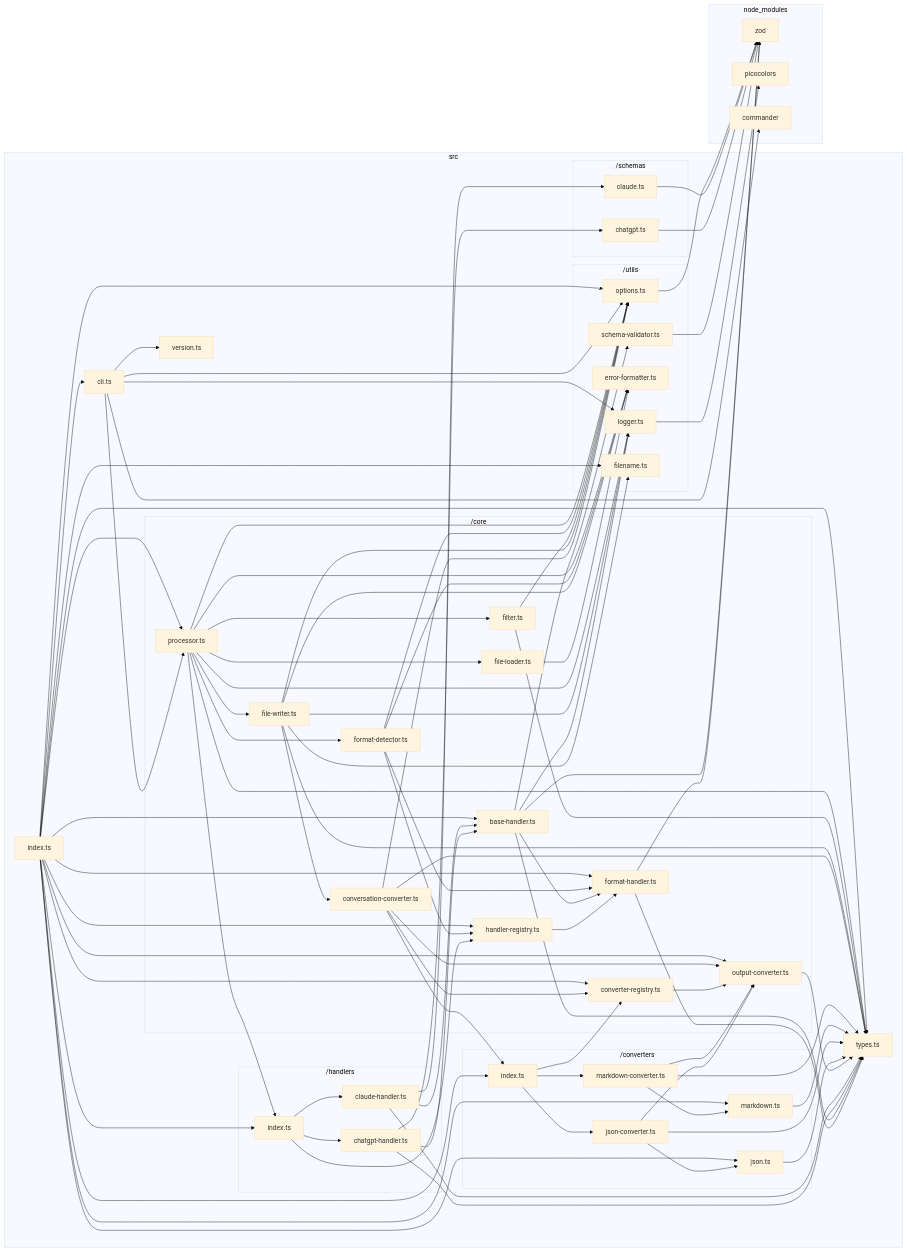
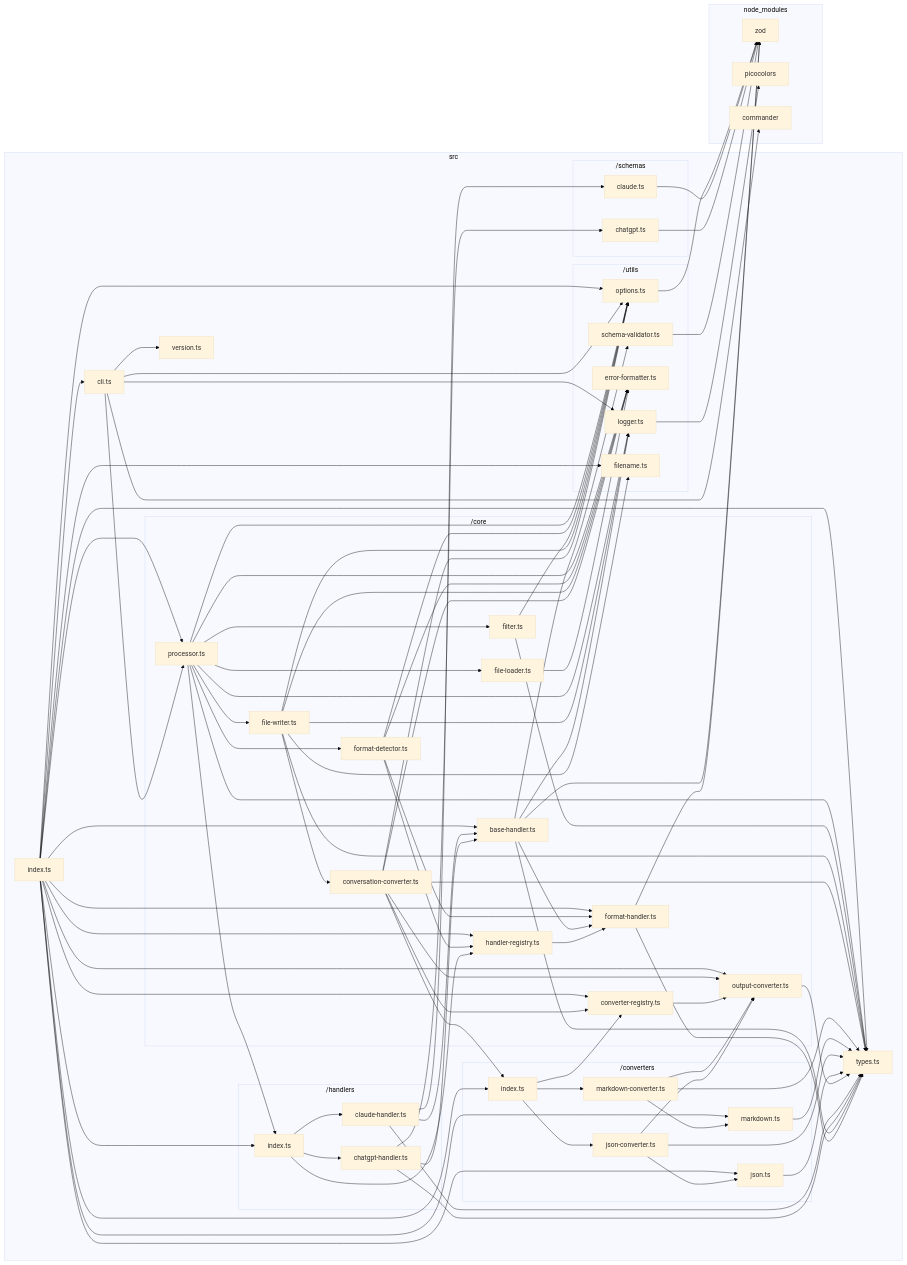
One commit to sugurutakahashi-1234/ai-chat-md-export changed the diagram in docs/dependency-graphs/typescript-graph.md. Above: the diagram before and after it, drawn with Mermaid (base theme). The commit also changed 2 other files, not shown here.

Commit message:
feat: enhance error handling in ConversationConverter

```diff
--- a/docs/dependency-graphs/typescript-graph.md
+++ b/docs/dependency-graphs/typescript-graph.md
@@ -91,6 +91,7 @@
     src/converters/index.ts-->src/converters/markdown//converter.ts
     src/core/conversation//converter.ts-->src/converters/index.ts
     src/core/conversation//converter.ts-->src/types.ts
+    src/core/conversation//converter.ts-->src/utils/error//formatter.ts
     src/core/conversation//converter.ts-->src/utils/options.ts
     src/core/conversation//converter.ts-->src/core/converter//registry.ts
     src/core/conversation//converter.ts-->src/core/output//converter.ts
```
